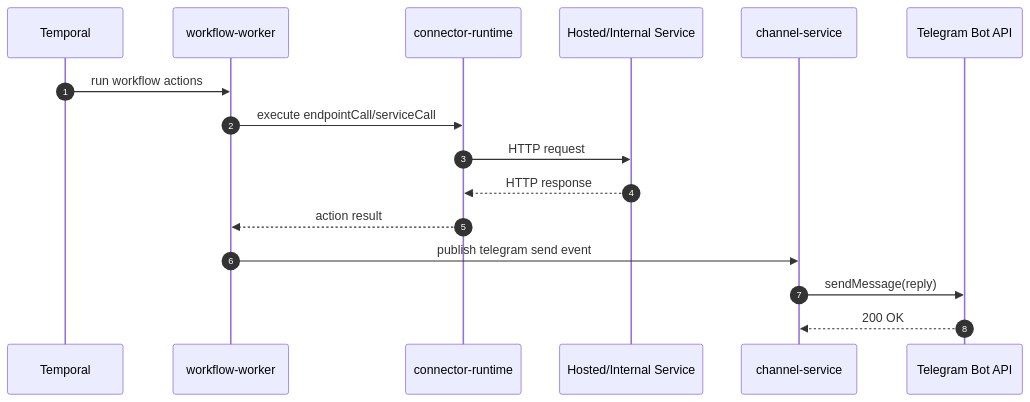
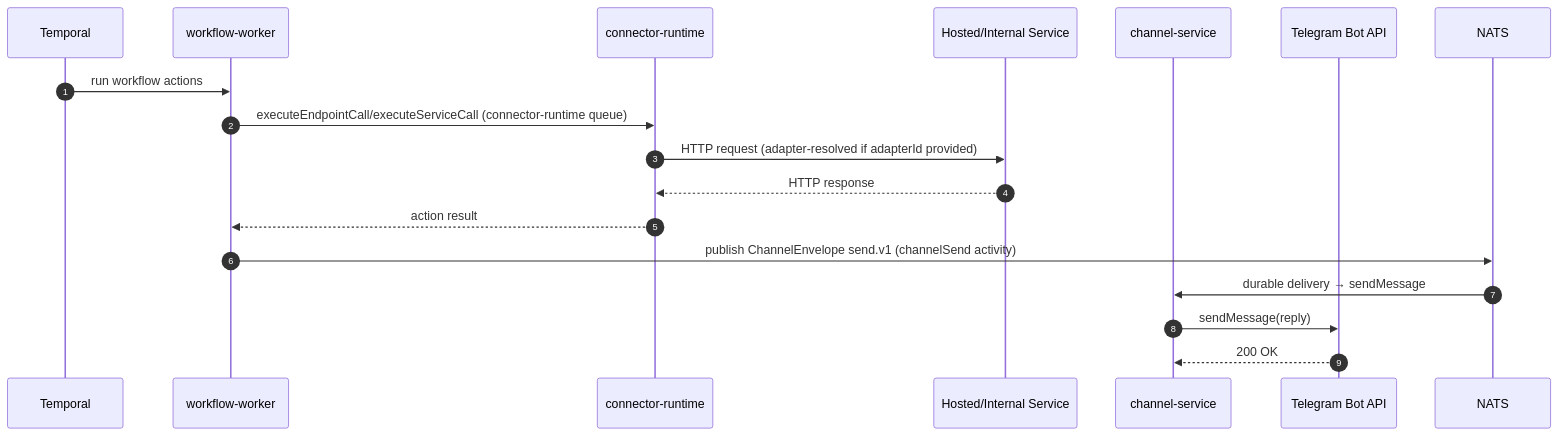
One commit to ccarnero/colloqui changed the third of 4 diagrams in DOCS/08-WORKFLOW-TELEGRAM-SEQUENCE.md. Above: the diagram before and after it, drawn with Mermaid. The commit also changed other lines of this file and 857 other files, not shown here.

````diff
--- a/DOCS/08-WORKFLOW-TELEGRAM-SEQUENCE.md
+++ b/DOCS/08-WORKFLOW-TELEGRAM-SEQUENCE.md
@@ -56,19 +65,20 @@
 ```mermaid
 sequenceDiagram
     autonumber
     participant TEMP as Temporal
     participant WFW as workflow-worker
     participant CR as connector-runtime
     participant SVC as Hosted/Internal Service
     participant CH as channel-service
     participant TGA as Telegram Bot API
 
     TEMP->>WFW: run workflow actions
-    WFW->>CR: execute endpointCall/serviceCall
-    CR->>SVC: HTTP request
+    WFW->>CR: executeEndpointCall/executeServiceCall (connector-runtime queue)
+    CR->>SVC: HTTP request (adapter-resolved if adapterId provided)
     SVC-->>CR: HTTP response
     CR-->>WFW: action result
-    WFW->>CH: publish telegram send event
+    WFW->>NATS: publish ChannelEnvelope send.v1 (channelSend activity)
+    NATS->>CH: durable delivery → sendMessage
     CH->>TGA: sendMessage(reply)
     TGA-->>CH: 200 OK
 ```
````
